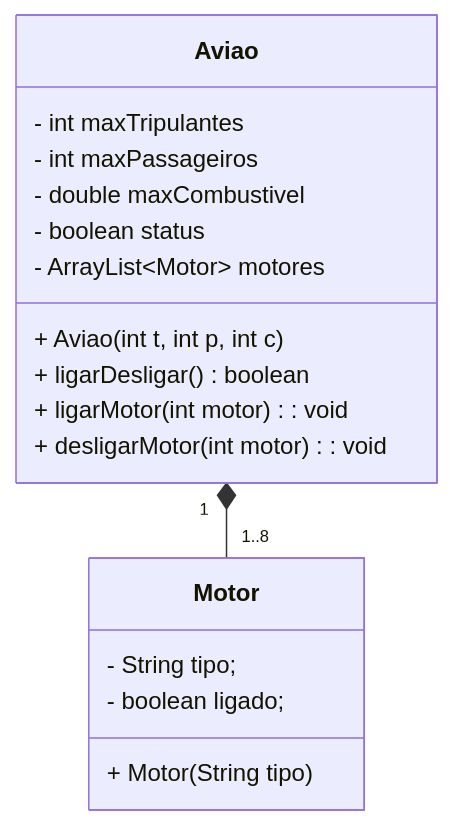
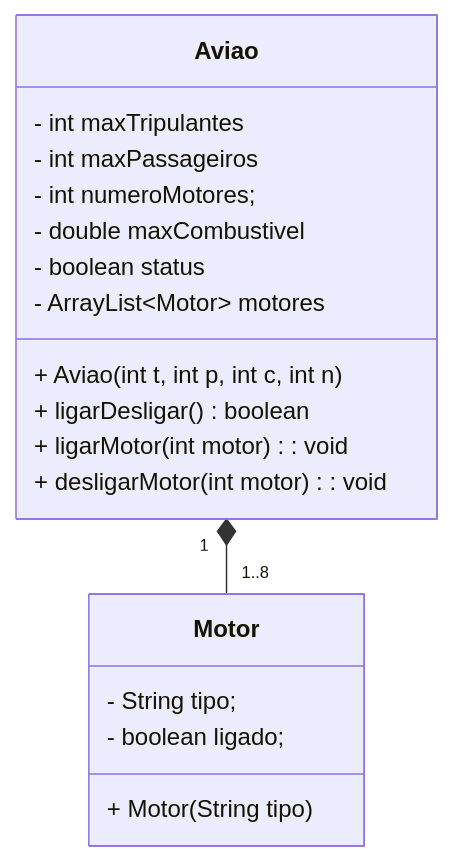
Before and after one commit to lucasgch/POO: the second of 2 diagrams in aulas/2026-09-29/readme.md, drawn with Mermaid. The commit also changed 2 other files, not shown here.

Commit message:
Atualiza classe motor

````diff
--- a/aulas/2026-09-29/readme.md
+++ b/aulas/2026-09-29/readme.md
@@ -28,23 +28,24 @@
 ```mermaid
 classDiagram
 
     class Aviao{
         - int maxTripulantes
         - int maxPassageiros
+        - int numeroMotores;
         - double maxCombustivel
         - boolean status
         - ArrayList~Motor~ motores
-        + Aviao(int t, int p, int c)
+        + Aviao(int t, int p, int c, int n)
         + ligarDesligar() boolean
         + ligarMotor(int motor): void
         + desligarMotor(int motor): void
     }
 
     class Motor{
         - String tipo;
         - boolean ligado;
         + Motor(String tipo)
     }
 
 Aviao "1"*--"1..8" Motor
 ```
````
